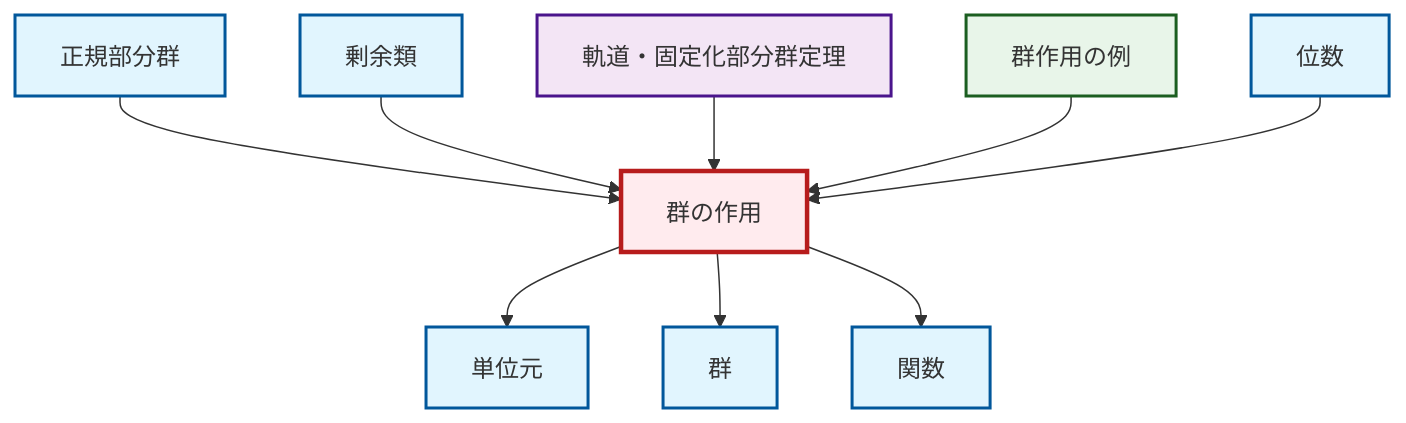
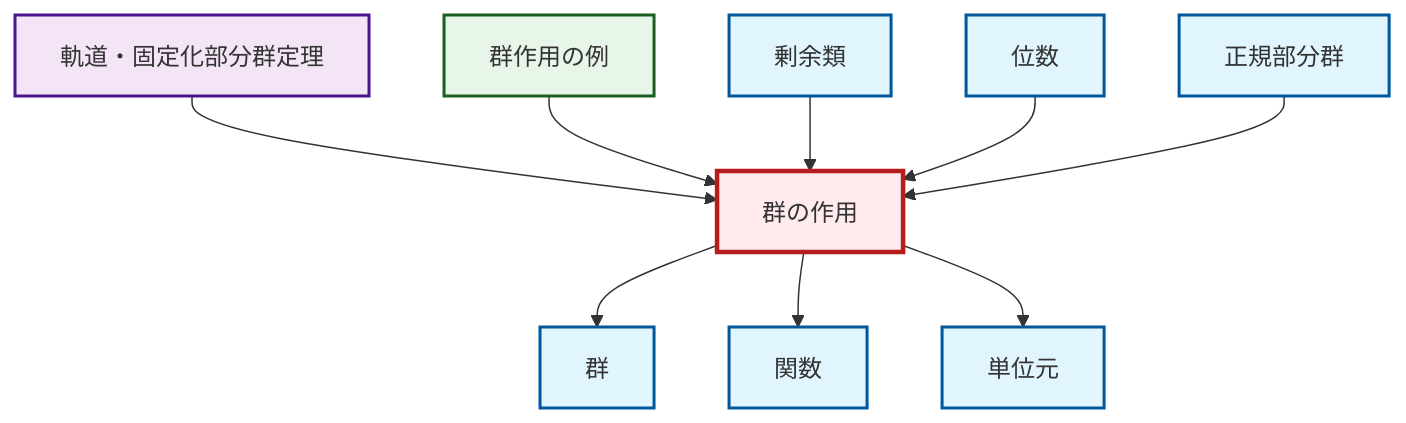
The diagram in output/mermaid/ja/def-group-action.mermaid (RK0429/ModernMath), drawn with Mermaid before and after one commit. The commit also changed other lines of this file and 1710 other files, not shown here.

```diff
--- a/output/mermaid/ja/def-group-action.mermaid
+++ b/output/mermaid/ja/def-group-action.mermaid
@@ -1,24 +1,24 @@
 graph TD
     classDef definition fill:#e1f5fe,stroke:#01579b,stroke-width:2px
     classDef theorem fill:#f3e5f5,stroke:#4a148c,stroke-width:2px
     classDef axiom fill:#fff3e0,stroke:#e65100,stroke-width:2px
     classDef example fill:#e8f5e9,stroke:#1b5e20,stroke-width:2px
     classDef current fill:#ffebee,stroke:#b71c1c,stroke-width:3px
-    def-group-action["群の作用"]:::definition
-    def-function["関数"]:::definition
     def-order["位数"]:::definition
-    def-coset["剰余類"]:::definition
+    def-identity-element["単位元"]:::definition
     ex-group-action-examples["群作用の例"]:::example
     thm-orbit-stabilizer["軌道・固定化部分群定理"]:::theorem
-    def-identity-element["単位元"]:::definition
+    def-normal-subgroup["正規部分群"]:::definition
+    def-group-action["群の作用"]:::definition
     def-group["群"]:::definition
-    def-normal-subgroup["正規部分群"]:::definition
-    def-normal-subgroup --> def-group-action
-    def-coset --> def-group-action
+    def-coset["剰余類"]:::definition
+    def-function["関数"]:::definition
     thm-orbit-stabilizer --> def-group-action
     ex-group-action-examples --> def-group-action
+    def-group-action --> def-group
+    def-coset --> def-group-action
+    def-group-action --> def-function
+    def-order --> def-group-action
+    def-normal-subgroup --> def-group-action
     def-group-action --> def-identity-element
-    def-order --> def-group-action
-    def-group-action --> def-group
-    def-group-action --> def-function
     class def-group-action current
```
